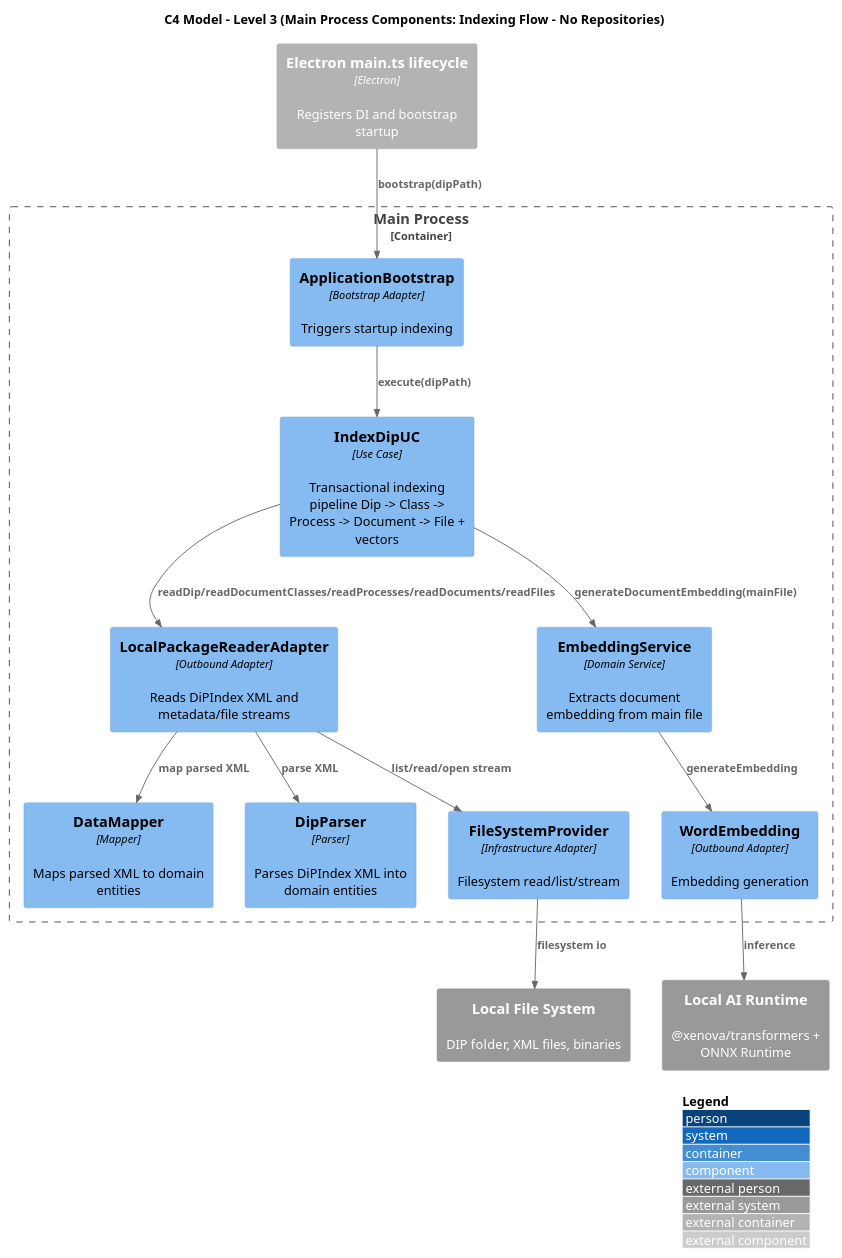
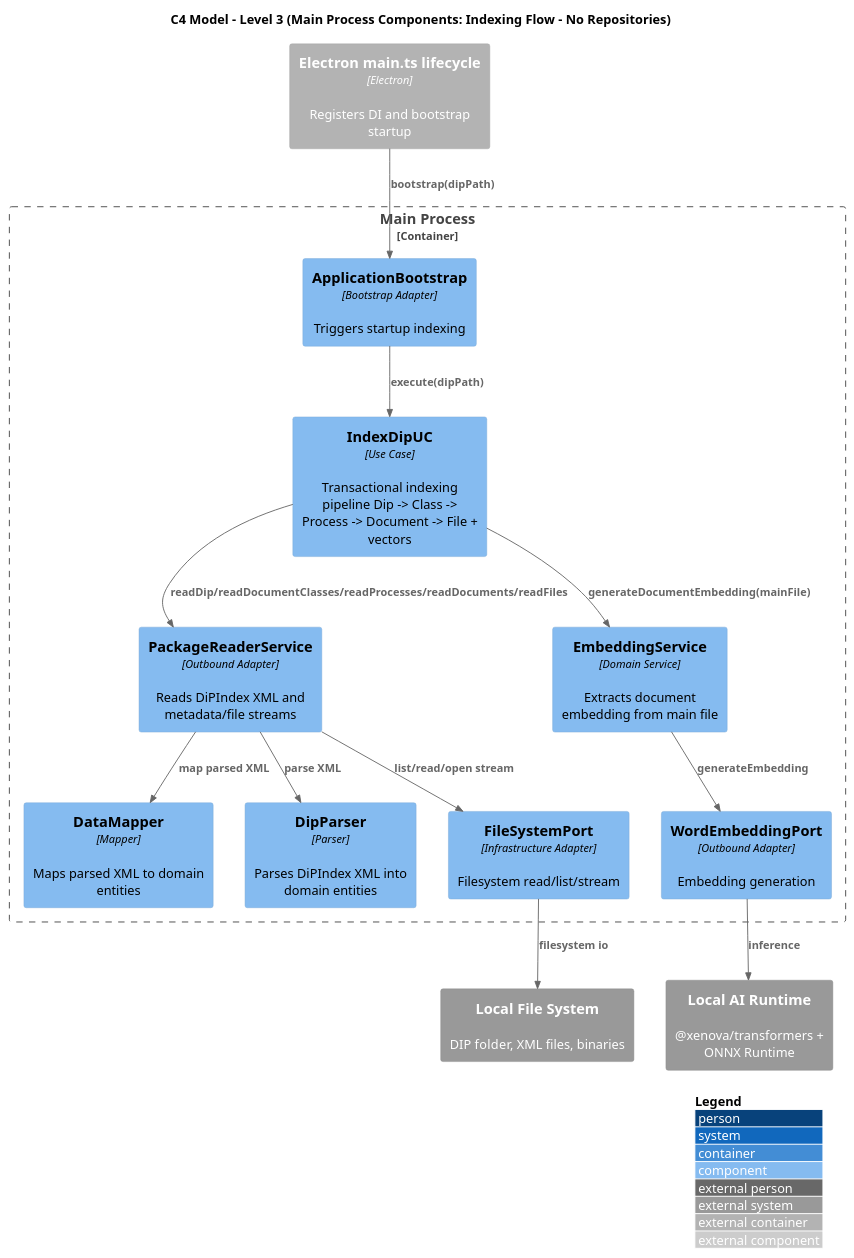
The diagram in 3_PB/DocumentiEsterni/DiagrammiSpecificaTecnica/generated_/architecture/c1-c3/C3-main-indexing-flow-no-repos.puml (7-ZPUs/Docs), drawn with PlantUML before and after one commit. The commit also changed 13 other files, not shown here.

```diff
--- a/3_PB/DocumentiEsterni/DiagrammiSpecificaTecnica/generated_/architecture/c1-c3/C3-main-indexing-flow-no-repos.puml
+++ b/3_PB/DocumentiEsterni/DiagrammiSpecificaTecnica/generated_/architecture/c1-c3/C3-main-indexing-flow-no-repos.puml
@@ -1,38 +1,38 @@
 @startuml C3_Main_Indexing_Flow_No_Repos
 !includeurl https://raw.githubusercontent.com/plantuml-stdlib/C4-PlantUML/master/C4_Component.puml
 
 title C4 Model - Level 3 (Main Process Components: Indexing Flow - No Repositories)
 
 LAYOUT_WITH_LEGEND()
 
 Container_Boundary(main_container, "Main Process") {
   Component(app_bootstrap, "ApplicationBootstrap", "Bootstrap Adapter", "Triggers startup indexing")
   Component(index_dip, "IndexDipUC", "Use Case", "Transactional indexing pipeline Dip -> Class -> Process -> Document -> File + vectors")
 
-  Component(package_reader, "LocalPackageReaderAdapter", "Outbound Adapter", "Reads DiPIndex XML and metadata/file streams")
+  Component(package_reader, "PackageReaderService", "Outbound Adapter", "Reads DiPIndex XML and metadata/file streams")
   Component(data_mapper, "DataMapper", "Mapper", "Maps parsed XML to domain entities")
   Component(dip_parser, "DipParser", "Parser", "Parses DiPIndex XML into domain entities")
-  Component(file_system_provider, "FileSystemProvider", "Infrastructure Adapter", "Filesystem read/list/stream")
+  Component(file_system_provider, "FileSystemPort", "Infrastructure Adapter", "Filesystem read/list/stream")
 
   Component(chunker, "EmbeddingService", "Domain Service", "Extracts document embedding from main file")
-  Component(word_embedding, "WordEmbedding", "Outbound Adapter", "Embedding generation")
+  Component(word_embedding, "WordEmbeddingPort", "Outbound Adapter", "Embedding generation")
 }
 
 Container_Ext(main_lifecycle, "Electron main.ts lifecycle", "Electron", "Registers DI and bootstrap startup")
 System_Ext(local_fs, "Local File System", "DIP folder, XML files, binaries")
 System_Ext(ai_runtime, "Local AI Runtime", "@xenova/transformers + ONNX Runtime")
 
 Rel(main_lifecycle, app_bootstrap, "bootstrap(dipPath)")
 Rel(app_bootstrap, index_dip, "execute(dipPath)")
 
 Rel(index_dip, package_reader, "readDip/readDocumentClasses/readProcesses/readDocuments/readFiles")
 Rel(package_reader, data_mapper, "map parsed XML")
 Rel(package_reader, dip_parser, "parse XML")
 Rel(package_reader, file_system_provider, "list/read/open stream")
 Rel(file_system_provider, local_fs, "filesystem io")
 
 Rel(index_dip, chunker, "generateDocumentEmbedding(mainFile)")
 Rel(chunker, word_embedding, "generateEmbedding")
 Rel(word_embedding, ai_runtime, "inference")
 
 @enduml
```
